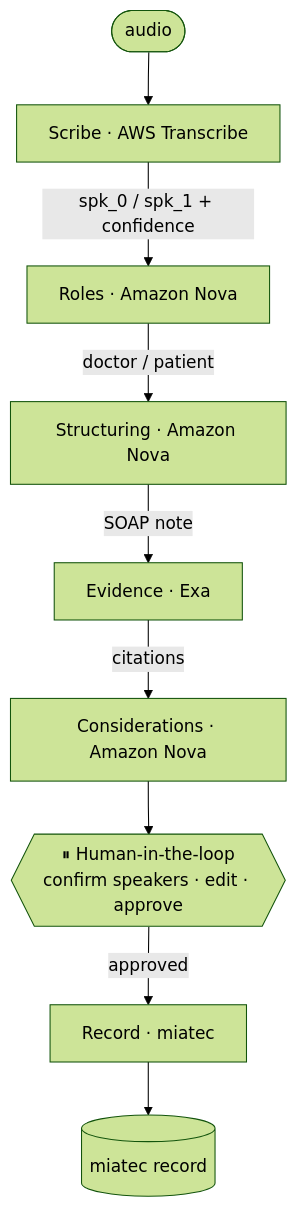
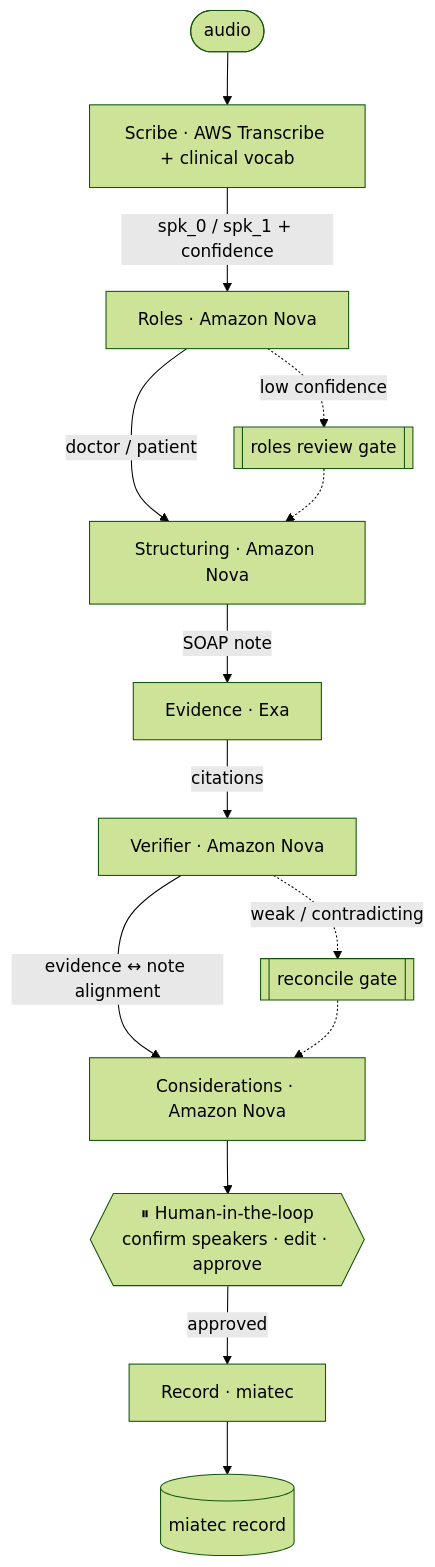
One commit to arturfortunato1/miatec-copilot changed the diagram in README.md. Above: the diagram before and after it, drawn with Mermaid (forest theme). The commit also changed other lines of this file, not shown here.

First line of the commit message:
README: 7 agents — document the Verifier + unified-graph orchestration

````diff
--- a/README.md
+++ b/README.md
@@ -30,11 +35,14 @@
 ```mermaid
 flowchart TD
-    A([audio]) --> S[Scribe · AWS Transcribe]
+    A([audio]) --> S[Scribe · AWS Transcribe + clinical vocab]
     S -->|spk_0 / spk_1 + confidence| R[Roles · Amazon Nova]
     R -->|doctor / patient| ST[Structuring · Amazon Nova]
     ST -->|SOAP note| EV[Evidence · Exa]
-    EV -->|citations| CO[Considerations · Amazon Nova]
+    EV -->|citations| VF[Verifier · Amazon Nova]
+    VF -->|evidence ↔ note alignment| CO[Considerations · Amazon Nova]
     CO --> H{{⏸ Human-in-the-loop<br/>confirm speakers · edit · approve}}
     H -->|approved| RE[Record · miatec]
     RE --> DB[(miatec record)]
+    R -.->|low confidence| RV[[roles review gate]] -.-> ST
+    VF -.->|weak / contradicting| RC[[reconcile gate]] -.-> CO
 ```
````
